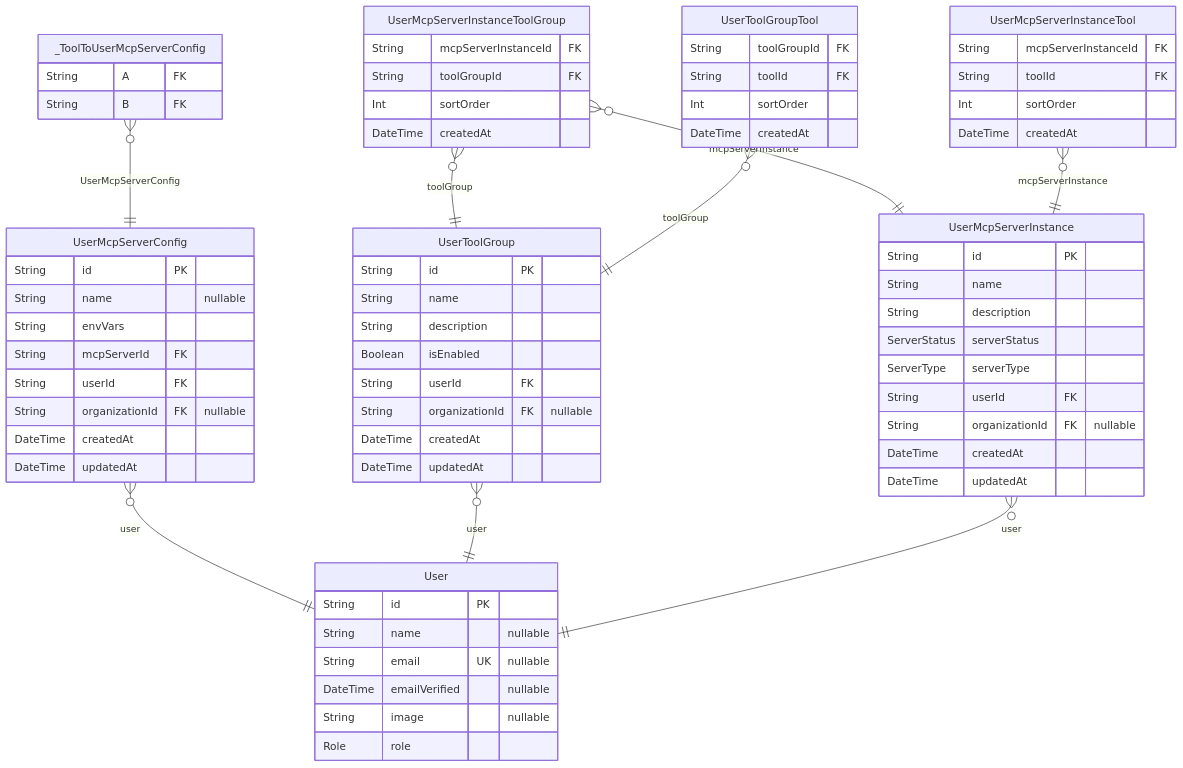
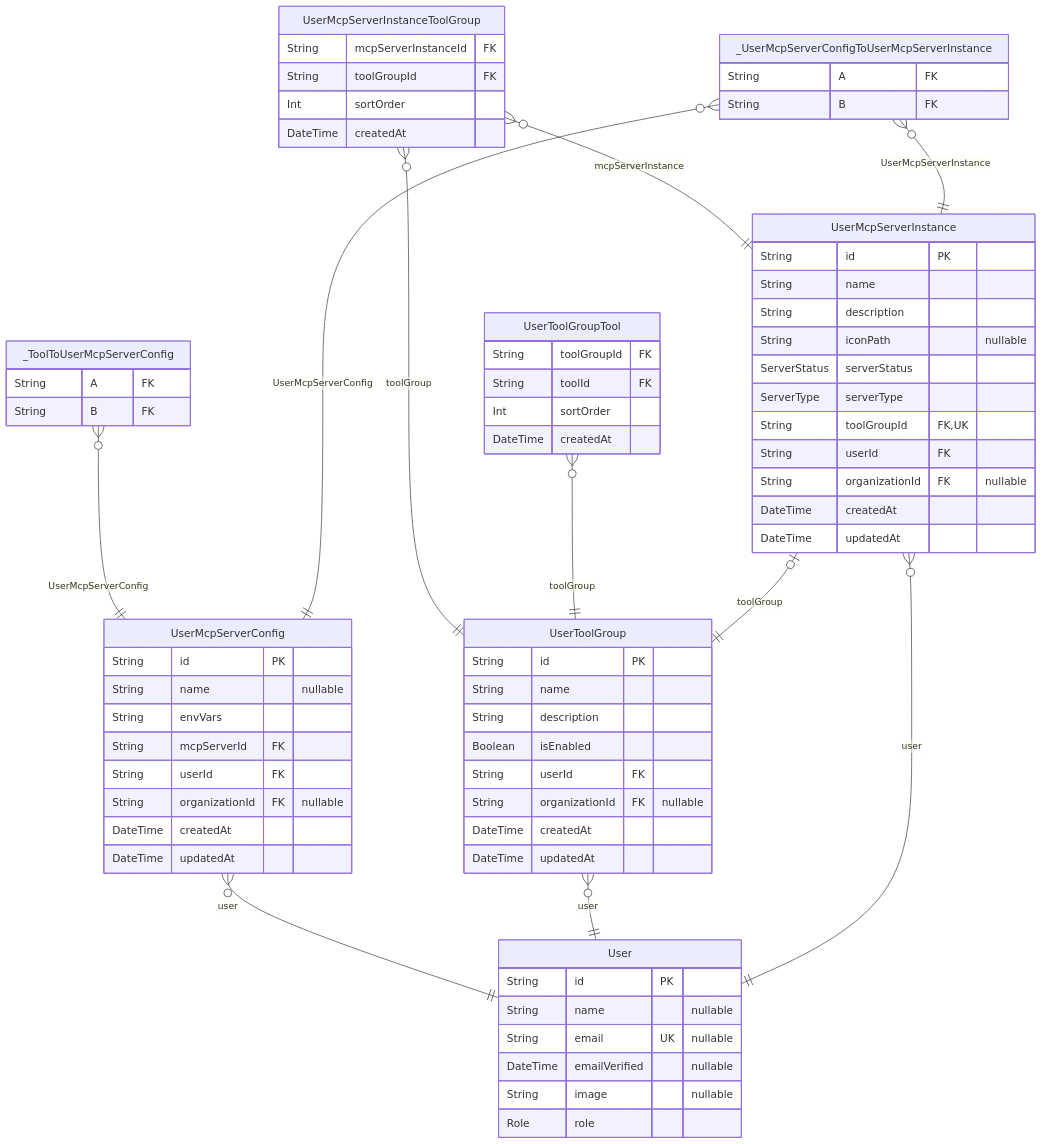
The fourth of 4 diagrams in prisma/README.md (rayven122/tumiki), drawn with Mermaid before and after one commit. The commit also changed other lines of this file and 14 other files, not shown here.

````diff
--- a/prisma/README.md
+++ b/prisma/README.md
@@ -491,72 +494,74 @@
 ```mermaid
 erDiagram
 "UserMcpServerInstanceToolGroup" {
   String mcpServerInstanceId FK
   String toolGroupId FK
-  Int sortOrder
-  DateTime createdAt
-}
-"UserMcpServerInstanceTool" {
-  String mcpServerInstanceId FK
-  String toolId FK
   Int sortOrder
   DateTime createdAt
 }
 "User" {
   String id PK
   String name "nullable"
   String email UK "nullable"
   DateTime emailVerified "nullable"
   String image "nullable"
   Role role
 }
 "UserMcpServerConfig" {
   String id PK
   String name "nullable"
   String envVars
   String mcpServerId FK
   String userId FK
   String organizationId FK "nullable"
   DateTime createdAt
   DateTime updatedAt
 }
 "UserToolGroupTool" {
   String toolGroupId FK
   String toolId FK
   Int sortOrder
   DateTime createdAt
 }
 "UserToolGroup" {
   String id PK
   String name
   String description
   Boolean isEnabled
   String userId FK
   String organizationId FK "nullable"
   DateTime createdAt
   DateTime updatedAt
 }
 "UserMcpServerInstance" {
   String id PK
   String name
   String description
+  String iconPath "nullable"
   ServerStatus serverStatus
   ServerType serverType
+  String toolGroupId FK,UK
   String userId FK
   String organizationId FK "nullable"
   DateTime createdAt
   DateTime updatedAt
 }
 "_ToolToUserMcpServerConfig" {
   String A FK
   String B FK
 }
+"_UserMcpServerConfigToUserMcpServerInstance" {
+  String A FK
+  String B FK
+}
 "UserMcpServerInstanceToolGroup" }o--|| "UserMcpServerInstance" : mcpServerInstance
 "UserMcpServerInstanceToolGroup" }o--|| "UserToolGroup" : toolGroup
-"UserMcpServerInstanceTool" }o--|| "UserMcpServerInstance" : mcpServerInstance
 "UserMcpServerConfig" }o--|| "User" : user
 "UserToolGroupTool" }o--|| "UserToolGroup" : toolGroup
 "UserToolGroup" }o--|| "User" : user
+"UserMcpServerInstance" |o--|| "UserToolGroup" : toolGroup
 "UserMcpServerInstance" }o--|| "User" : user
 "_ToolToUserMcpServerConfig" }o--|| "UserMcpServerConfig" : UserMcpServerConfig
+"_UserMcpServerConfigToUserMcpServerInstance" }o--|| "UserMcpServerConfig" : UserMcpServerConfig
+"_UserMcpServerConfigToUserMcpServerInstance" }o--|| "UserMcpServerInstance" : UserMcpServerInstance
 ```
````
